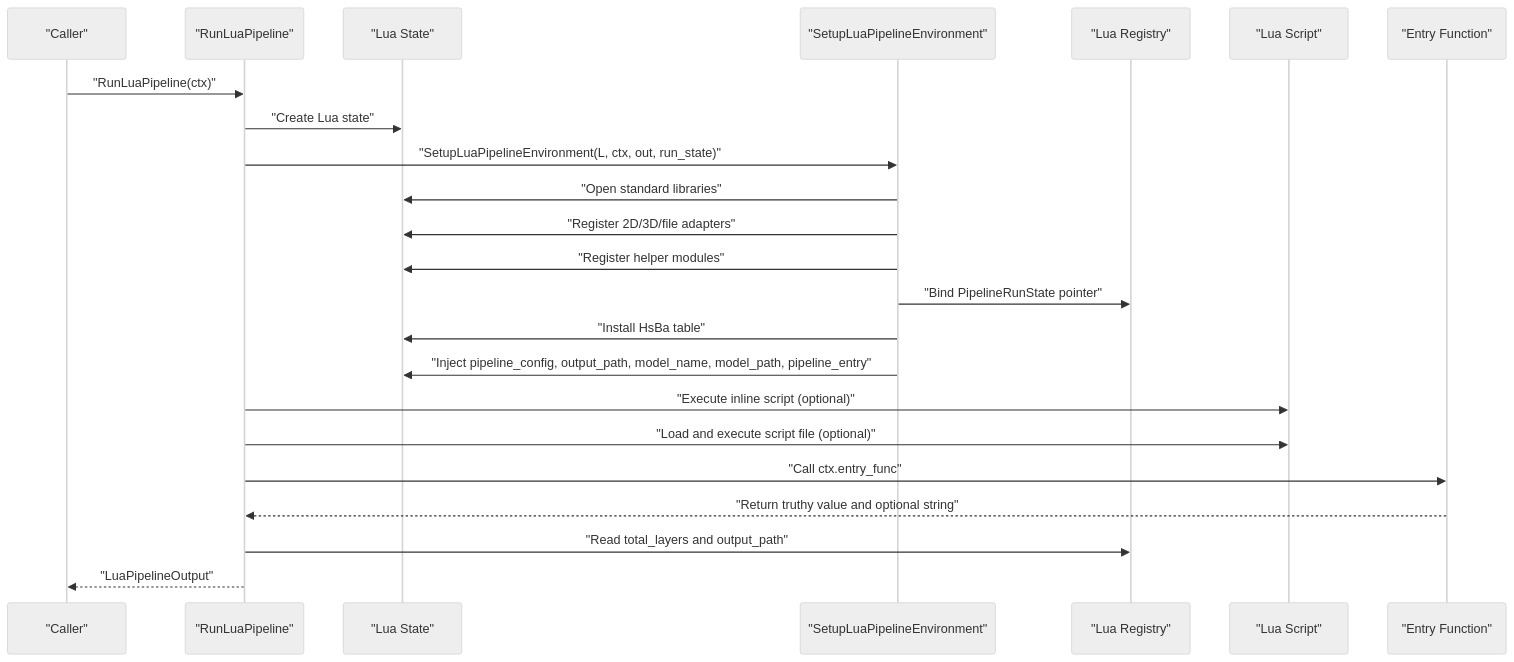
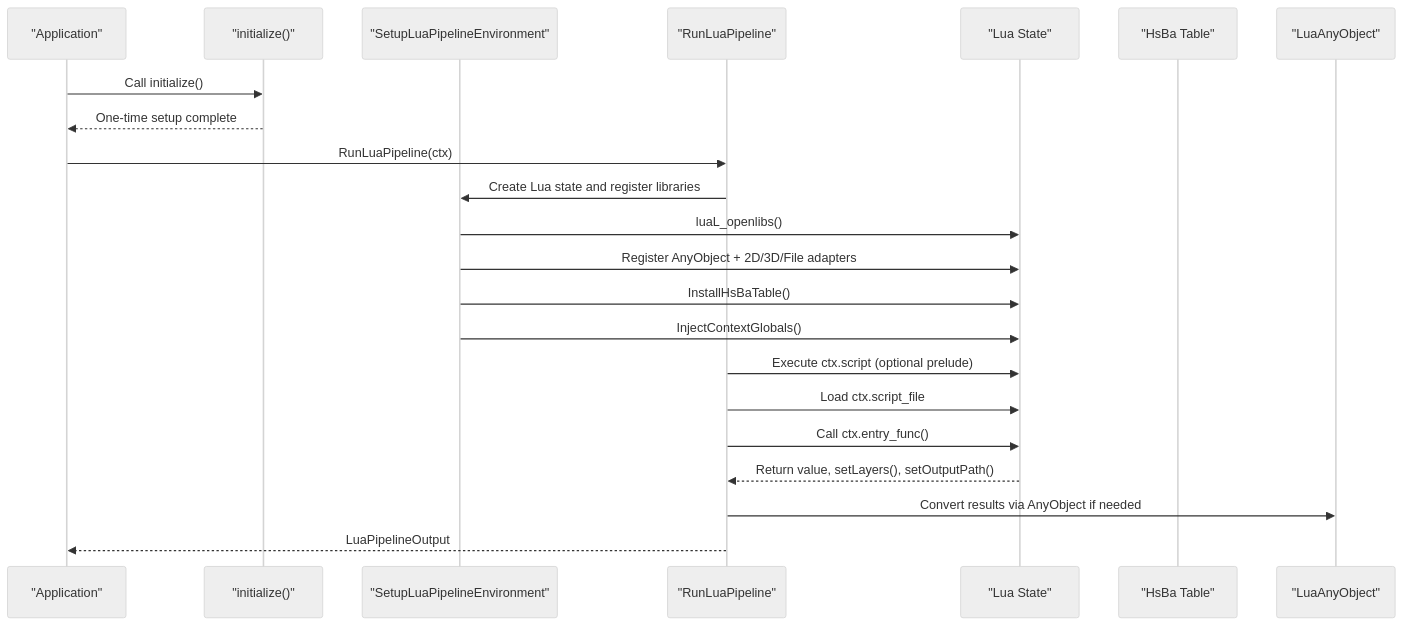
The second of 7 diagrams in .qoder/repowiki/en/content/Lua Scripting System/Lua Environment Setup.md (hsmbanlance/HsBaSlicer), drawn with Mermaid (neutral theme) before and after one commit. The commit also changed other lines of this file and 1095 other files, not shown here.

````diff
--- a/.qoder/repowiki/en/content/Lua Scripting System/Lua Environment Setup.md
+++ b/.qoder/repowiki/en/content/Lua Scripting System/Lua Environment Setup.md
@@ -103,25 +117,24 @@
 ```mermaid
 sequenceDiagram
-participant Caller as "Caller"
-participant Driver as "RunLuaPipeline"
-participant State as "Lua State"
+participant App as "Application"
+participant DLL as "initialize()"
 participant Env as "SetupLuaPipelineEnvironment"
-participant Registry as "Lua Registry"
-participant Script as "Lua Script"
-participant Entry as "Entry Function"
-Caller->>Driver : "RunLuaPipeline(ctx)"
-Driver->>State : "Create Lua state"
-Driver->>Env : "SetupLuaPipelineEnvironment(L, ctx, out, run_state)"
-Env->>State : "Open standard libraries"
-Env->>State : "Register 2D/3D/file adapters"
-Env->>State : "Register helper modules"
-Env->>Registry : "Bind PipelineRunState pointer"
-Env->>State : "Install HsBa table"
-Env->>State : "Inject pipeline_config, output_path, model_name, model_path, pipeline_entry"
-Driver->>Script : "Execute inline script (optional)"
-Driver->>Script : "Load and execute script file (optional)"
-Driver->>Entry : "Call ctx.entry_func"
-Entry-->>Driver : "Return truthy value and optional string"
-Driver->>Registry : "Read total_layers and output_path"
-Driver-->>Caller : "LuaPipelineOutput"
+participant Exec as "RunLuaPipeline"
+participant Lua as "Lua State"
+participant HsBa as "HsBa Table"
+participant Bridge as "LuaAnyObject"
+App->>DLL : Call initialize()
+DLL-->>App : One-time setup complete
+App->>Exec : RunLuaPipeline(ctx)
+Exec->>Env : Create Lua state and register libraries
+Env->>Lua : luaL_openlibs()
+Env->>Lua : Register AnyObject + 2D/3D/File adapters
+Env->>Lua : InstallHsBaTable()
+Env->>Lua : InjectContextGlobals()
+Exec->>Lua : Execute ctx.script (optional prelude)
+Exec->>Lua : Load ctx.script_file
+Exec->>Lua : Call ctx.entry_func()
+Lua-->>Exec : Return value, setLayers(), setOutputPath()
+Exec->>Bridge : Convert results via AnyObject if needed
+Exec-->>App : LuaPipelineOutput
 ```
````
